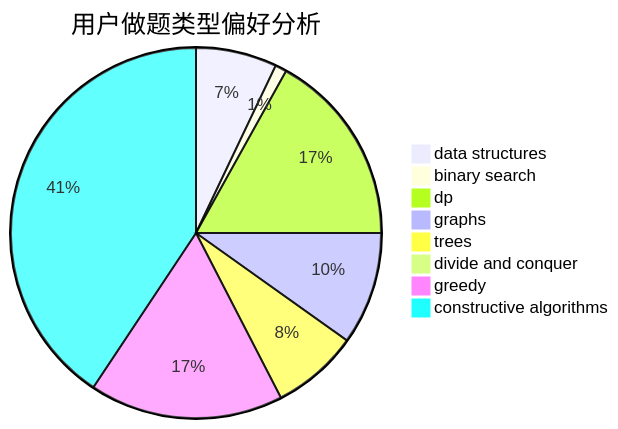
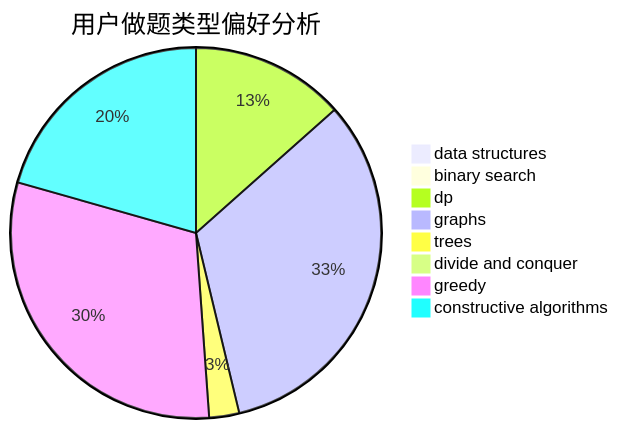
Before and after one commit to sherpahu/cfrs.github.io: the second of 3 diagrams in docs/user/u1809.md, drawn with Mermaid. The commit also changed other lines of this file and 2770 other files, not shown here.

````diff
--- a/docs/user/u1809.md
+++ b/docs/user/u1809.md
@@ -23,11 +23,11 @@
 ```mermaid
 pie title 用户做题类型偏好分析
-    "data structures" :  28
-    "binary search" :  4
-    "dp" :  67
-    "graphs" :  39
-    "trees" :  30
+    "data structures" :  5
+    "binary search" :  0
+    "dp" :  77
+    "graphs" :  188
+    "trees" :  15
     "divide and conquer" :  0
-    "greedy" :  67
-    "constructive algorithms" :  161
+    "greedy" :  175
+    "constructive algorithms" :  118
 ```
````
